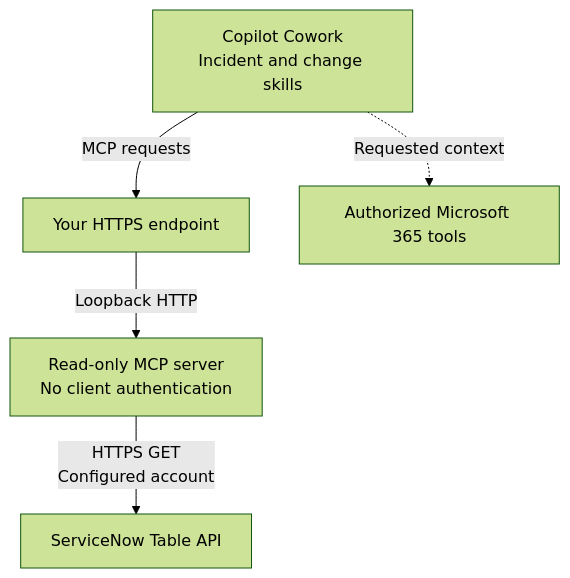
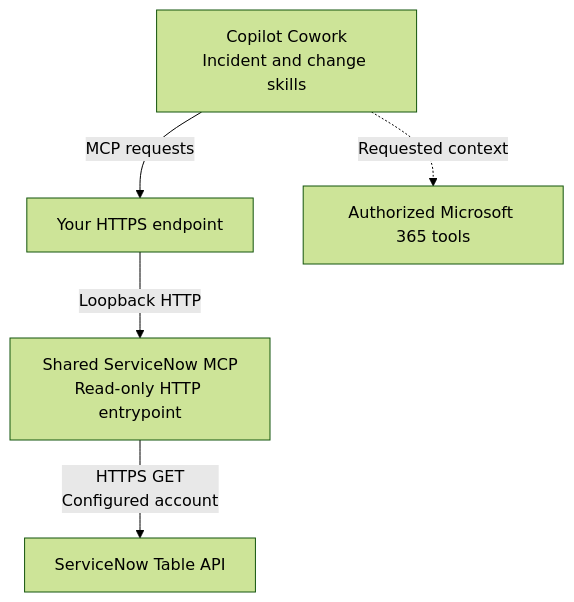
The diagram in README.md (likamrat/servicenow-cowork-plugin), drawn with Mermaid (forest theme) before and after one commit. The commit also changed other lines of this file and 18 other files, not shown here.

First line of the commit message:
Make Cowork a thin client of the shared ServiceNow MCP

````diff
--- a/README.md
+++ b/README.md
@@ -34,13 +36,13 @@
 ```mermaid
 flowchart TD
     Cowork["Copilot Cowork<br/>Incident and change skills"]
     Endpoint["Your HTTPS endpoint"]
-    MCP["Read-only MCP server<br/>No client authentication"]
+    MCP["Shared ServiceNow MCP<br/>Read-only HTTP entrypoint"]
     ServiceNow["ServiceNow Table API"]
     M365["Authorized Microsoft 365 tools"]
 
     Cowork -->|"MCP requests"| Endpoint
     Endpoint -->|"Loopback HTTP"| MCP
     MCP -->|"HTTPS GET<br/>Configured account"| ServiceNow
     Cowork -.->|"Requested context"| M365
 ```
````
